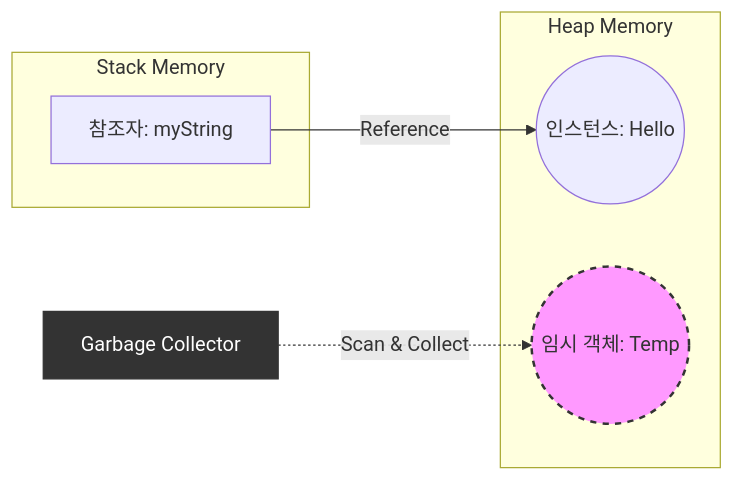
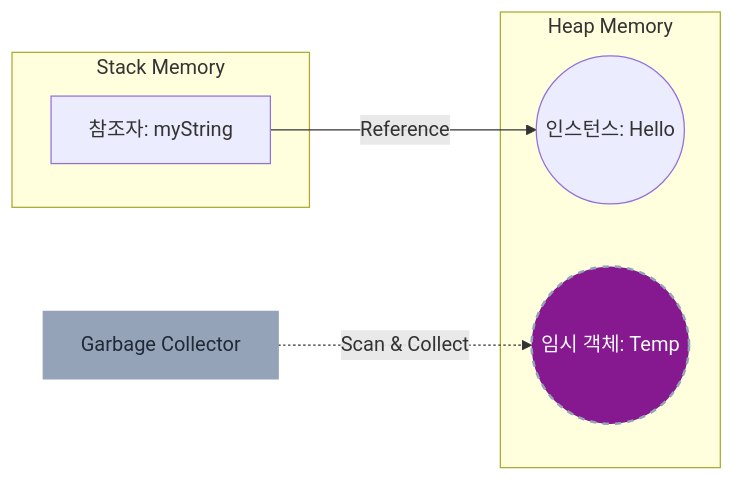
One commit to Kang-Hyesung/kang-hyesung.github.io changed the first of 2 diagrams in _posts/java/03-memory-management/2026-01-02-보이지-않는-임시-객체(temporary-objects).md. Above: the diagram before and after it, drawn with Mermaid. The commit also changed 74 other files, not shown here.

Commit message:
docs: update post visibility and mermaid colors

````diff
--- a/_posts/java/03-memory-management/2026-01-02-보이지-않는-임시-객체(temporary-objects).md
+++ b/_posts/java/03-memory-management/2026-01-02-보이지-않는-임시-객체(temporary-objects).md
@@ -25,14 +25,14 @@
 ```mermaid
 flowchart LR
 subgraph Stack [Stack Memory]
 Ref[참조자: myString]
 end
 subgraph Heap [Heap Memory]
 LiveObj(("인스턴스: Hello"))
 TempObj(("임시 객체: Temp"))
 end
 Ref -->|Reference| LiveObj
 GC[Garbage Collector] -.->|Scan & Collect| TempObj
-style TempObj fill:#f9f,stroke:#333,stroke-width:2px,stroke-dasharray: 5 5
-style GC fill:#333,color:#fff,stroke:#333
+style TempObj fill:#86198f,stroke:#94a3b8,stroke-width:2px,stroke-dasharray: 5 5,color:#f8fafc
+style GC fill:#94a3b8,color:#1f2937,stroke:#94a3b8
 ```
````
